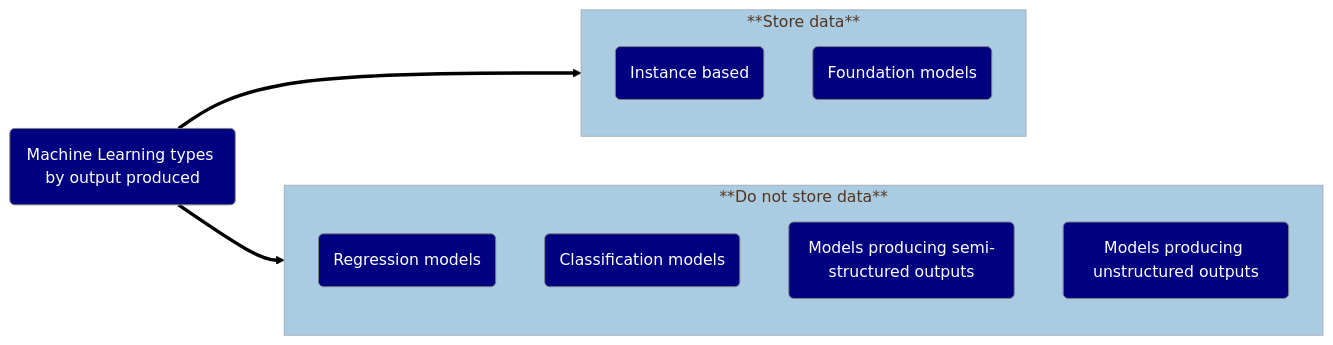
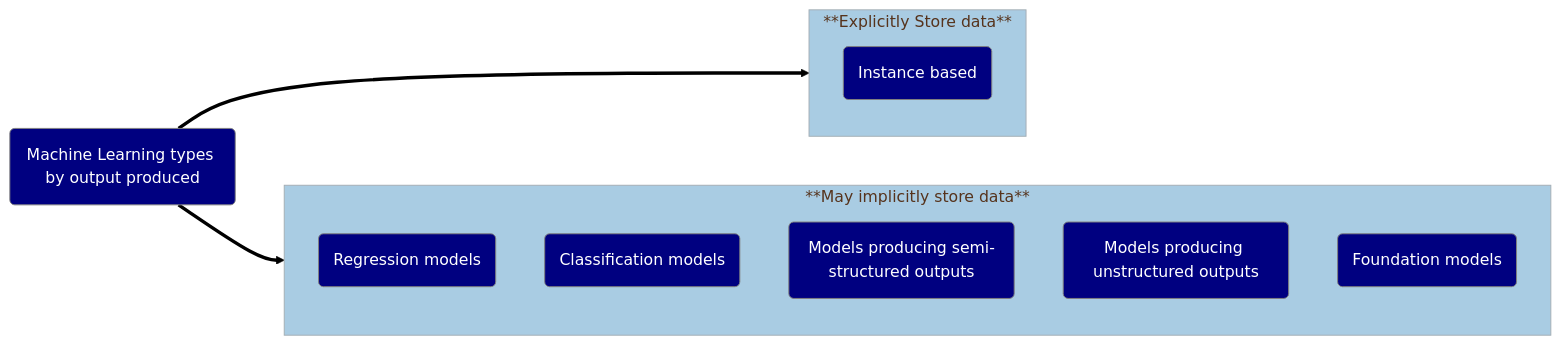
Before and after one commit to AI-SDC/SDC-Reboot: the first of 2 diagrams in categorisation_of_models_and_risks.md, drawn with Mermaid. The commit also changed other lines of this file, not shown here.

Commit message:
edits to first flow diagram

````diff
--- a/categorisation_of_models_and_risks.md
+++ b/categorisation_of_models_and_risks.md
@@ -53,30 +53,30 @@
 ```mermaid
 %%{
   init: {
     'theme': 'base',
     'themeVariables': {
       'primaryColor': '#000080',
       'primaryTextColor': '#fff',
       'primaryBorderColor': '#808080',
       'lineColor': '#000000',
       'secondaryColor': '#7fb3d5',
       'tertiaryColor': '#a9cce3'
     }
   }
 }%%
 flowchart LR
     ml(Machine Learning types by output produced)
-    subgraph a["**Store data**"]
+    subgraph a["**Explicitly Store data**"]
       a1(Instance based)
-      a2(Foundation models)
     end
-    subgraph b["**Do not store data**"]
+    subgraph b["**May implicitly store data**"]
       b1(Regression models)
       b2(Classification models)
       b3(Models producing semi-structured outputs)
       b4(Models producing unstructured outputs)
+      b5(Foundation models)
     end
     ml==>a
     ml==>b
 
 ```
````
